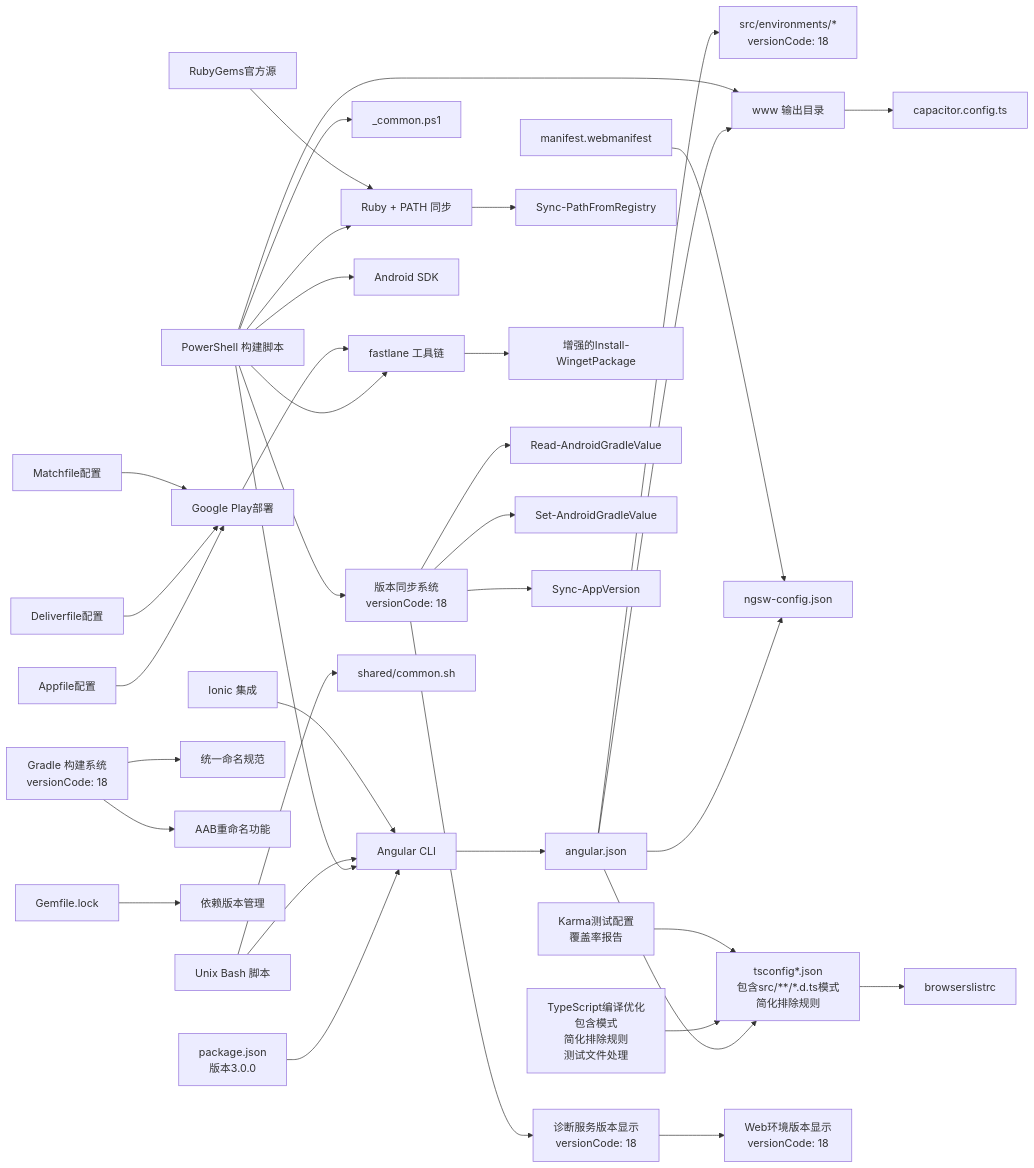
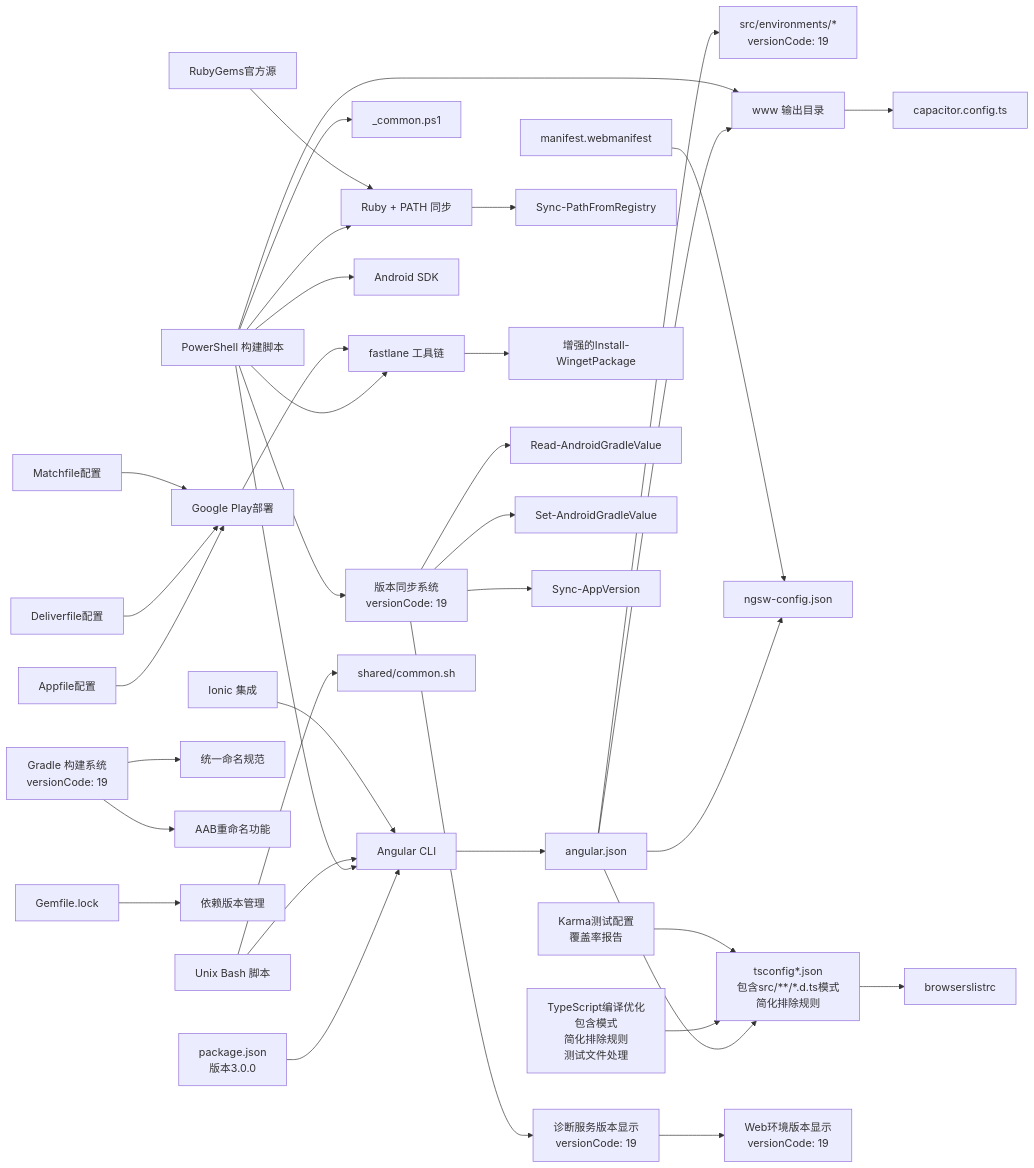
The sixth of 6 diagrams in .qoder/repowiki/zh/content/构建与部署/构建配置.md (tea4go/Macro-Deck-Client-App), drawn with Mermaid before and after one commit. The commit also changed other lines of this file and 46 other files, not shown here.

````diff
--- a/.qoder/repowiki/zh/content/构建与部署/构建配置.md
+++ b/.qoder/repowiki/zh/content/构建与部署/构建配置.md
@@ -1092,39 +1092,39 @@
 ```mermaid
 graph LR
 P["package.json<br/>版本3.0.0"] --> CLI["Angular CLI"]
 CLI --> CFG["angular.json"]
-CFG --> ENV["src/environments/*<br/>versionCode: 18"]
+CFG --> ENV["src/environments/*<br/>versionCode: 19"]
 CFG --> TS["tsconfig*.json<br/>包含src/**/*.d.ts模式<br/>简化排除规则"]
 TS --> BROWS["browserslistrc"]
 CFG --> SW["ngsw-config.json"]
 CFG --> WWW["www 输出目录"]
 WWW --> CAP["capacitor.config.ts"]
 PS["PowerShell 构建脚本"] --> CLI
 PS --> COMMON["_common.ps1"]
 PS --> WWW
 PS --> FASTLANE["fastlane 工具链"]
 PS --> ANDROID["Android SDK"]
 PS --> RUBY["Ruby + PATH 同步"]
-PS --> VERSIONSYNC["版本同步系统<br/>versionCode: 18"]
+PS --> VERSIONSYNC["版本同步系统<br/>versionCode: 19"]
 UNIX["Unix Bash 脚本"] --> COMMON2["shared/common.sh"]
 UNIX --> CLI
 MAN["manifest.webmanifest"] --> SW
 IONIC["Ionic 集成"] --> CLI
 RUBY --> SYNC["Sync-PathFromRegistry"]
 FASTLANE --> WINGET["增强的Install-WingetPackage"]
-GRADLE["Gradle 构建系统<br/>versionCode: 18"] --> NAMING["统一命名规范"]
+GRADLE["Gradle 构建系统<br/>versionCode: 19"] --> NAMING["统一命名规范"]
 GRADLE --> AABRENAME["AAB重命名功能"]
 GEMLOCK["Gemfile.lock"] --> DEPS["依赖版本管理"]
 PLAYSTORE["Google Play部署"] --> FASTLANE
 APPFILE["Appfile配置"] --> PLAYSTORE
 DELIVER["Deliverfile配置"] --> PLAYSTORE
 MATCH["Matchfile配置"] --> PLAYSTORE
 RUBYGEMS["RubyGems官方源"] --> RUBY
 VERSIONSYNC --> READGRADLE["Read-AndroidGradleValue"]
 VERSIONSYNC --> SETGRADLE["Set-AndroidGradleValue"]
 VERSIONSYNC --> SYNCAPP["Sync-AppVersion"]
-VERSIONSYNC --> DIAGNOSTIC["诊断服务版本显示<br/>versionCode: 18"]
-DIAGNOSTIC --> WEBENV["Web环境版本显示<br/>versionCode: 18"]
+VERSIONSYNC --> DIAGNOSTIC["诊断服务版本显示<br/>versionCode: 19"]
+DIAGNOSTIC --> WEBENV["Web环境版本显示<br/>versionCode: 19"]
 TSOPTIMIZATION["TypeScript编译优化<br/>包含模式<br/>简化排除规则<br/>测试文件处理"] --> TS
 KARMA["Karma测试配置<br/>覆盖率报告"] --> TS
 ```
````
